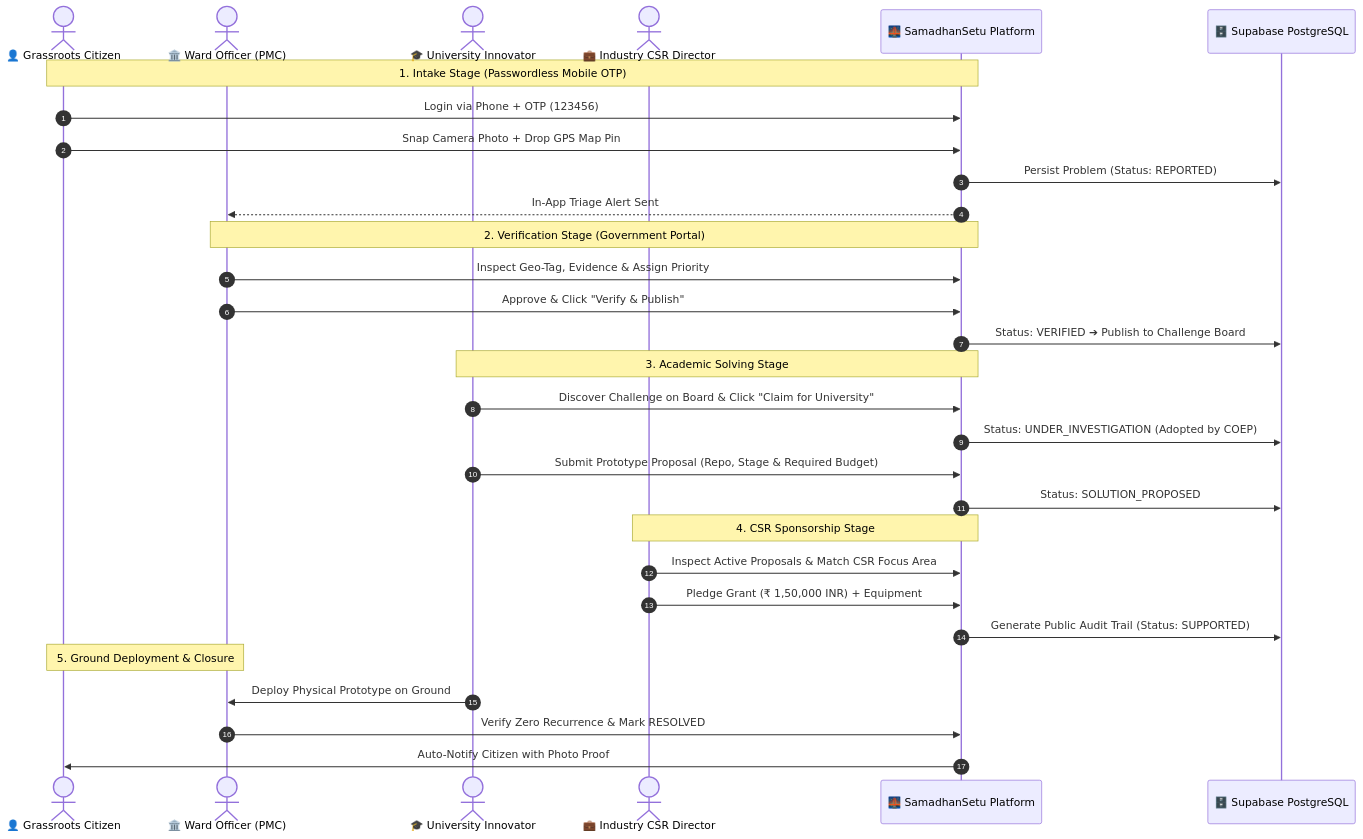
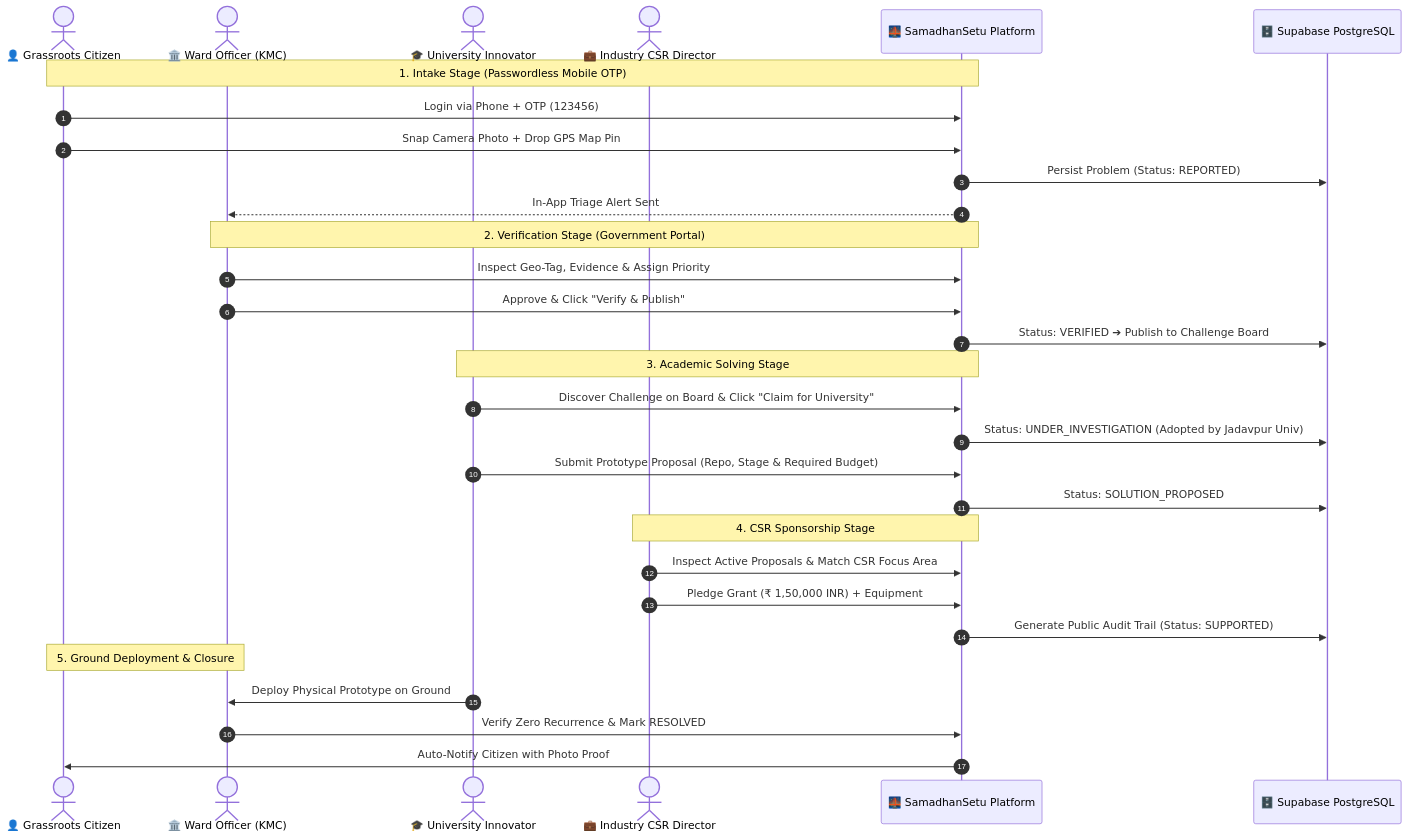
The first of 2 diagrams in Docs/EXECUTIVE_PITCH_DECK.md (Shafi0903/SamadhanSetu), drawn with Mermaid before and after one commit. The commit also changed other lines of this file and 5 other files, not shown here.

````diff
--- a/Docs/EXECUTIVE_PITCH_DECK.md
+++ b/Docs/EXECUTIVE_PITCH_DECK.md
@@ -108,37 +107,37 @@
 ```mermaid
 sequenceDiagram
     autonumber
     actor C as 👤 Grassroots Citizen
-    actor G as 🏛️ Ward Officer (PMC)
+    actor G as 🏛️ Ward Officer (KMC)
     actor U as 🎓 University Innovator
     actor I as 💼 Industry CSR Director
     participant P as 🌉 SamadhanSetu Platform
     participant DB as 🗄️ Supabase PostgreSQL
 
     Note over C,P: 1. Intake Stage (Passwordless Mobile OTP)
     C->>P: Login via Phone + OTP (123456)
     C->>P: Snap Camera Photo + Drop GPS Map Pin
     P->>DB: Persist Problem (Status: REPORTED)
     P-->>G: In-App Triage Alert Sent
 
     Note over G,P: 2. Verification Stage (Government Portal)
     G->>P: Inspect Geo-Tag, Evidence & Assign Priority
     G->>P: Approve & Click "Verify & Publish"
     P->>DB: Status: VERIFIED ➔ Publish to Challenge Board
 
     Note over U,P: 3. Academic Solving Stage
     U->>P: Discover Challenge on Board & Click "Claim for University"
-    P->>DB: Status: UNDER_INVESTIGATION (Adopted by COEP)
+    P->>DB: Status: UNDER_INVESTIGATION (Adopted by Jadavpur Univ)
     U->>P: Submit Prototype Proposal (Repo, Stage & Required Budget)
     P->>DB: Status: SOLUTION_PROPOSED
 
     Note over I,P: 4. CSR Sponsorship Stage
     I->>P: Inspect Active Proposals & Match CSR Focus Area
     I->>P: Pledge Grant (₹ 1,50,000 INR) + Equipment
     P->>DB: Generate Public Audit Trail (Status: SUPPORTED)
 
     Note over G,C: 5. Ground Deployment & Closure
     U->>G: Deploy Physical Prototype on Ground
     G->>P: Verify Zero Recurrence & Mark RESOLVED
     P->>C: Auto-Notify Citizen with Photo Proof
 ```
````
